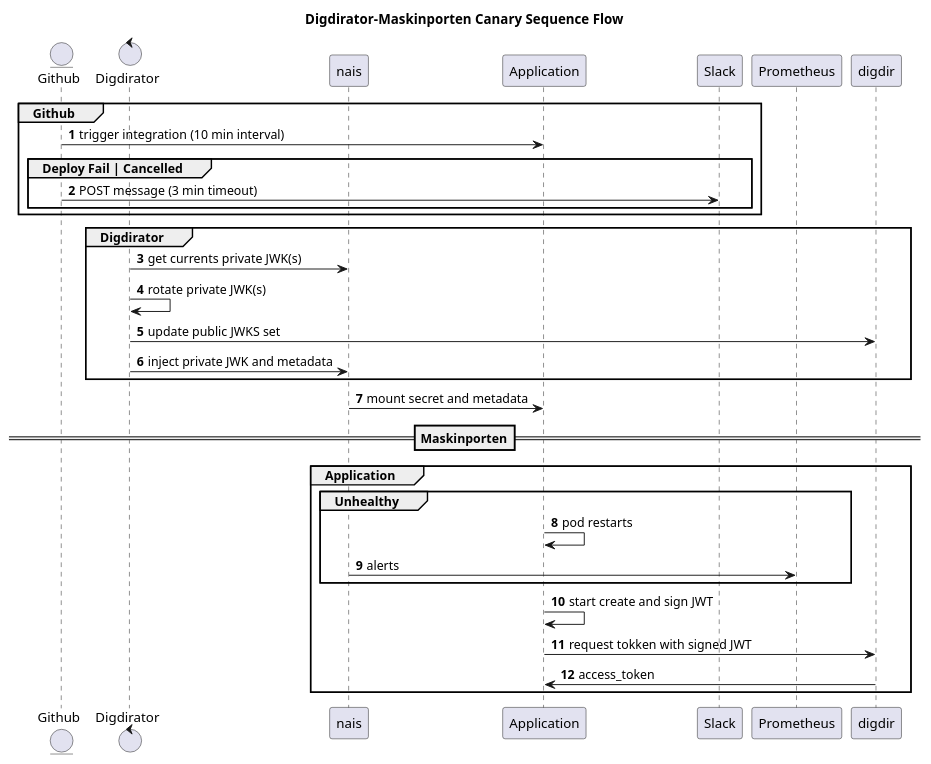
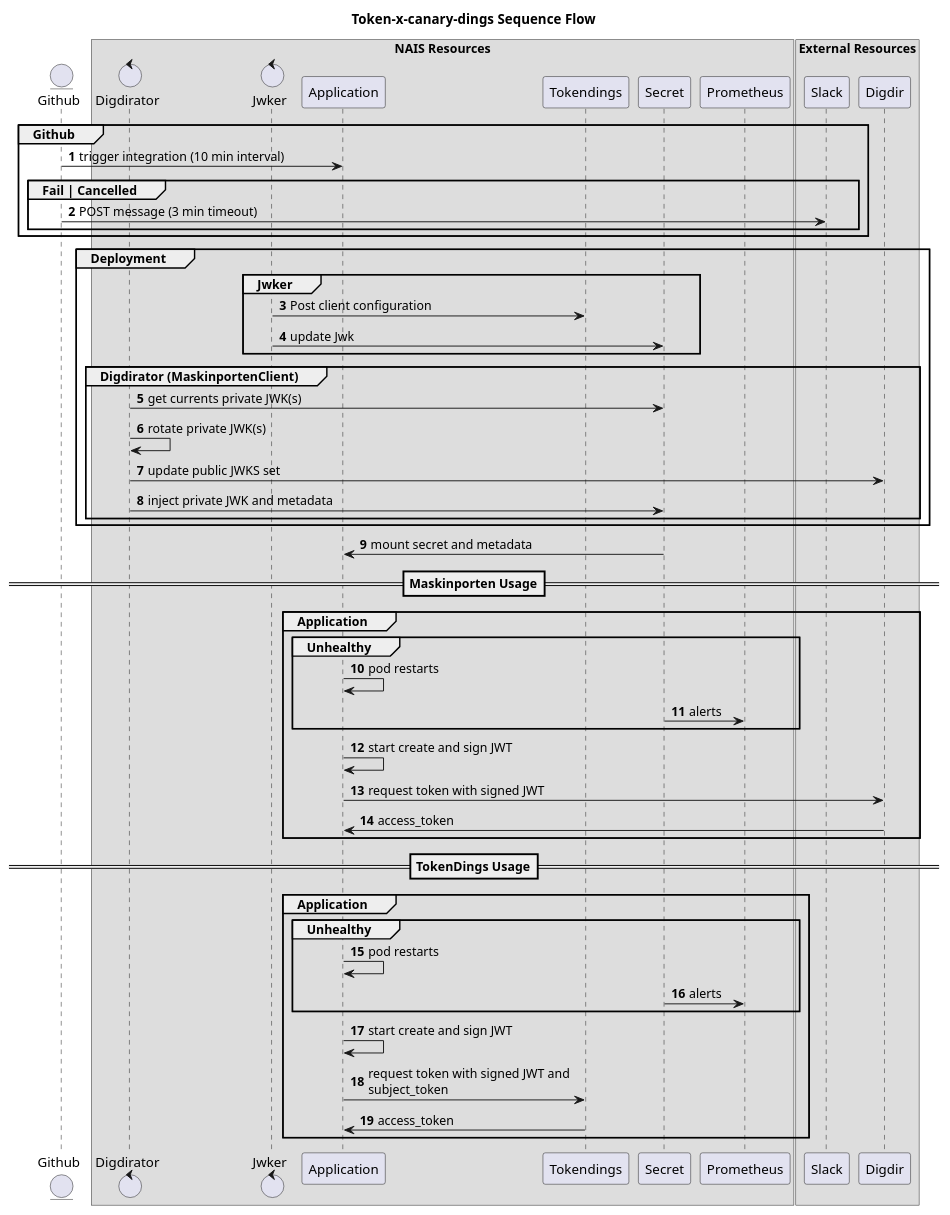
Before and after one commit to navikt/digdirator-maskinporten: the diagram in docs/sequence.puml, drawn with PlantUML. The commit also changed 2 other files, not shown here.

Commit message:
update sequence og deployment name of repo

```diff
--- a/docs/sequence.puml
+++ b/docs/sequence.puml
@@ -1,40 +1,67 @@
 @startuml component
-title Digdirator-Maskinporten Canary Sequence Flow
+title Token-x-canary-dings Sequence Flow
 skinparam maxMessageSize 300
 autonumber
 
 entity github as "Github"
+
+box "NAIS Resources"
 control digdirator as "Digdirator"
-participant nais as "nais"
+control jwker as "Jwker"
 participant application as "Application"
+participant tokendings as "Tokendings"
+participant nais as "Secret"
+participant prom as "Prometheus"
+end box
+
+box "External Resources"
 participant slack as "Slack"
-participant prom as "Prometheus"
+participant digdir as "Digdir"
+end box
 
 group Github
 github -> application: trigger integration (10 min interval)
-    group Deploy Fail | Cancelled
+    group Fail | Cancelled
     github -> slack: POST message (3 min timeout)
     end
 end
 
-group Digdirator
-    digdirator -> nais: get currents private JWK(s)
-    digdirator -> digdirator: rotate private JWK(s)
-    digdirator -> digdir: update public JWKS set
-    digdirator -> nais: inject private JWK and metadata
+group Deployment
+group Jwker
+    jwker -> tokendings: Post client configuration
+    jwker -> nais: update Jwk
+end
+
+group Digdirator (MaskinportenClient)
+        digdirator -> nais: get currents private JWK(s)
+        digdirator -> digdirator: rotate private JWK(s)
+        digdirator -> digdir: update public JWKS set
+        digdirator -> nais: inject private JWK and metadata
+    end
 end
 
 nais -> application: mount secret and metadata
 
-==Maskinporten==
+==Maskinporten Usage==
 group Application
     group Unhealthy
         application -> application: pod restarts
         nais -> prom: alerts
     end
     application -> application: start create and sign JWT
-    application -> digdir: request tokken with signed JWT
+    application -> digdir: request token with signed JWT
     digdir -> application: access_token
 end
 
+==TokenDings Usage==
+group Application
+    group Unhealthy
+        application -> application: pod restarts
+        nais -> prom: alerts
+    end
+    application -> application: start create and sign JWT
+    application -> tokendings: request token with signed JWT and subject_token
+    tokendings -> application: access_token
+end
+
 @enduml
```
